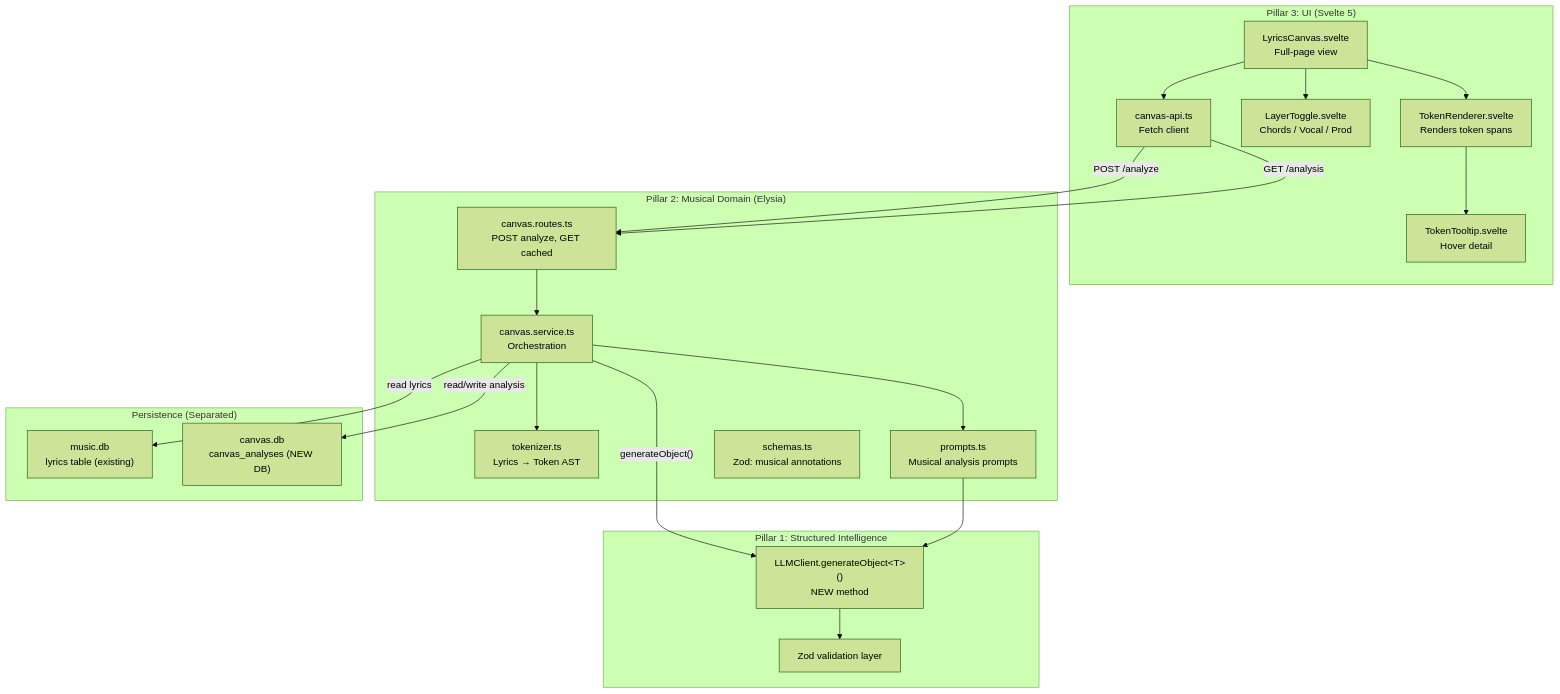
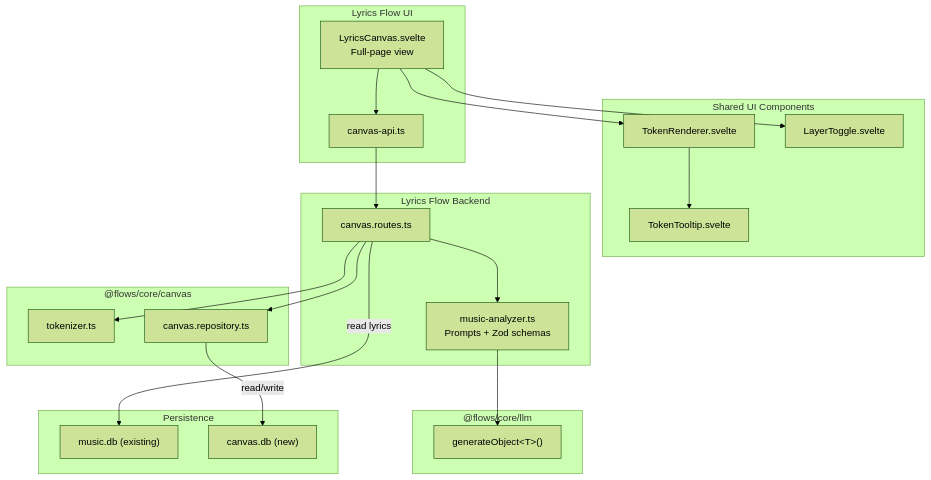
Before and after one commit to jorgesalica/flow-sample: the second of 2 diagrams in docs/flows/lyrics-canvas/architecture.md, drawn with Mermaid (forest theme). The commit also changed other lines of this file and 1 other file, not shown here.

Commit message:
docs: add design discussion, update architecture to three-pillar core separation

````diff
--- a/docs/flows/lyrics-canvas/architecture.md
+++ b/docs/flows/lyrics-canvas/architecture.md
@@ -60,45 +62,46 @@
 ```mermaid
 flowchart TD
-    subgraph UI ["Pillar 3: UI (Svelte 5)"]
-        CANVAS_PAGE["LyricsCanvas.svelte<br/>Full-page view"]
-        TOKEN_RENDERER["TokenRenderer.svelte<br/>Renders token spans"]
-        LAYER_TOGGLE["LayerToggle.svelte<br/>Chords / Vocal / Prod"]
-        TOOLTIP["TokenTooltip.svelte<br/>Hover detail"]
-        API_CLIENT["canvas-api.ts<br/>Fetch client"]
+    subgraph UI_SHARED ["Shared UI Components"]
+        TOKEN_RENDERER["TokenRenderer.svelte"]
+        LAYER_TOGGLE["LayerToggle.svelte"]
+        TOOLTIP["TokenTooltip.svelte"]
     end
 
-    subgraph BACKEND ["Pillar 2: Musical Domain (Elysia)"]
-        ROUTES["canvas.routes.ts<br/>POST analyze, GET cached"]
-        SERVICE["canvas.service.ts<br/>Orchestration"]
-        TOKENIZER["tokenizer.ts<br/>Lyrics → Token AST"]
-        PROMPTS["prompts.ts<br/>Musical analysis prompts"]
-        SCHEMAS["schemas.ts<br/>Zod: musical annotations"]
+    subgraph UI_LYRICS ["Lyrics Flow UI"]
+        CANVAS_PAGE["LyricsCanvas.svelte<br/>Full-page view"]
+        API_CLIENT["canvas-api.ts"]
     end
 
-    subgraph CORE ["Pillar 1: Structured Intelligence"]
-        LLM_CLIENT["LLMClient.generateObject&lt;T&gt;()<br/>NEW method"]
-        ZOD["Zod validation layer"]
+    subgraph LYRICS_BACKEND ["Lyrics Flow Backend"]
+        CANVAS_ROUTES["canvas.routes.ts"]
+        MUSIC_ANALYZER["music-analyzer.ts<br/>Prompts + Zod schemas"]
     end
 
-    subgraph DATA ["Persistence (Separated)"]
-        LYRICS_DB["music.db<br/>lyrics table (existing)"]
-        CANVAS_DB["canvas.db<br/>canvas_analyses (NEW DB)"]
+    subgraph CORE_CANVAS ["@flows/core/canvas"]
+        TOKENIZER["tokenizer.ts"]
+        CANVAS_REPO["canvas.repository.ts"]
+    end
+
+    subgraph CORE_LLM ["@flows/core/llm"]
+        LLM_CLIENT["generateObject&lt;T&gt;()"]
+    end
+
+    subgraph DATA ["Persistence"]
+        MUSIC_DB["music.db (existing)"]
+        CANVAS_DB["canvas.db (new)"]
     end
 
     CANVAS_PAGE --> TOKEN_RENDERER
     CANVAS_PAGE --> LAYER_TOGGLE
     TOKEN_RENDERER --> TOOLTIP
     CANVAS_PAGE --> API_CLIENT
 
-    API_CLIENT -->|"POST /analyze"| ROUTES
-    API_CLIENT -->|"GET /analysis"| ROUTES
-    ROUTES --> SERVICE
-    SERVICE --> TOKENIZER
-    SERVICE --> PROMPTS
-    SERVICE -->|"generateObject()"| LLM_CLIENT
-    LLM_CLIENT --> ZOD
-    PROMPTS --> LLM_CLIENT
+    API_CLIENT --> CANVAS_ROUTES
+    CANVAS_ROUTES --> MUSIC_ANALYZER
+    CANVAS_ROUTES --> TOKENIZER
+    MUSIC_ANALYZER --> LLM_CLIENT
+    CANVAS_ROUTES --> CANVAS_REPO
 
-    SERVICE -->|"read lyrics"| LYRICS_DB
-    SERVICE -->|"read/write analysis"| CANVAS_DB
+    CANVAS_ROUTES -->|"read lyrics"| MUSIC_DB
+    CANVAS_REPO -->|"read/write"| CANVAS_DB
 ```
````
